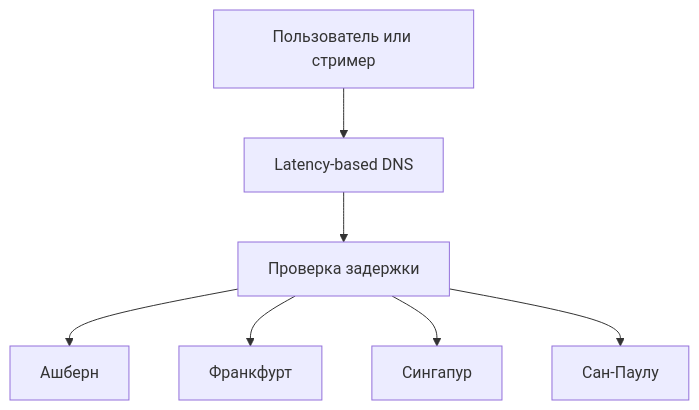
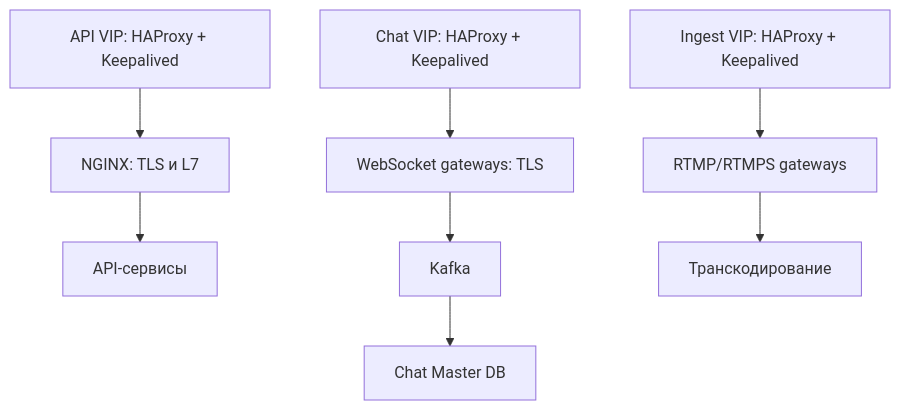
The first of 4 diagrams in README.md (Tim-arc/highload_2026_twitch), drawn with Mermaid before and after one commit. The commit also changed other lines of this file, not shown here.

````diff
--- a/README.md
+++ b/README.md
@@ -187,9 +210,10 @@
 ```mermaid
 flowchart TD
-    U["Пользователь или стример"] --> D["Latency-based DNS"]
-    D --> C["Проверка задержки"]
-    C --> NA["Ашберн"]
-    C --> EU["Франкфурт"]
-    C --> AP["Сингапур"]
-    C --> SA["Сан-Паулу"]
+    A["API VIP: HAProxy + Keepalived"] --> N["NGINX: TLS и L7"]
+    N --> API["API-сервисы"]
+    C["Chat VIP: HAProxy + Keepalived"] --> W["WebSocket gateways: TLS"]
+    W --> K["Kafka"]
+    K --> D["Chat Master DB"]
+    I["Ingest VIP: HAProxy + Keepalived"] --> G["RTMP/RTMPS gateways"]
+    G --> T["Транскодирование"]
 ```
````
